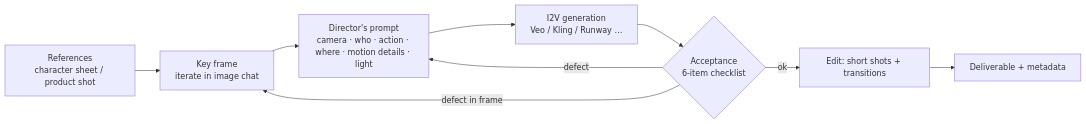
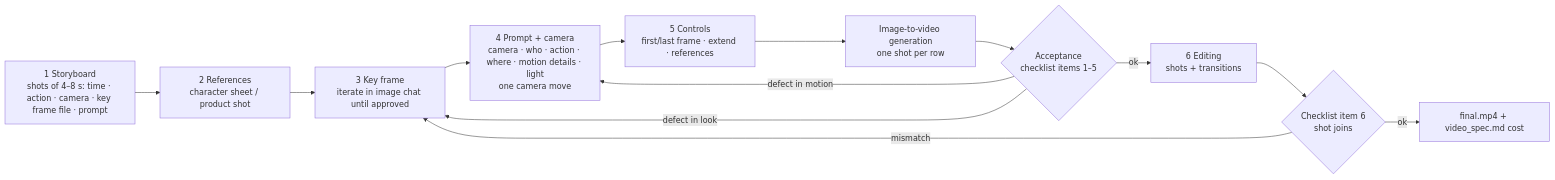
One commit to svirfneblyn2/genAIcource changed the second of 2 diagrams in GenAI Basics — Course Production/L05/L05_10_Lesson_Graph.md. Above: the diagram before and after it, drawn with Mermaid. The commit also changed other lines of this file and 12 other files, not shown here.

First line of the commit message:
docs(L05): sync scripts, cheatsheets, homework, runbook, README and graph to deck v3

````diff
--- a/GenAI Basics — Course Production/L05/L05_10_Lesson_Graph.md
+++ b/GenAI Basics — Course Production/L05/L05_10_Lesson_Graph.md
@@ -61,11 +69,15 @@
 ```mermaid
 flowchart LR
-  R[References<br/>character sheet / product shot] --> K[Key frame<br/>iterate in image chat]
-  K --> P[Director's prompt<br/>camera · who · action · where · motion details · light]
-  P --> G[I2V generation<br/>Veo / Kling / Runway …]
-  G --> Q{Acceptance<br/>6-item checklist}
-  Q -- defect --> P
-  Q -- defect in frame --> K
-  Q -- ok --> E[Edit: short shots + transitions]
-  E --> D[Deliverable + metadata]
+  SB[1 Storyboard<br/>shots of 4–8 s: time · action · camera · key frame file · prompt] --> R[2 References<br/>character sheet / product shot]
+  R --> K[3 Key frame<br/>iterate in image chat until approved]
+  K --> P[4 Prompt + camera<br/>camera · who · action · where · motion details · light<br/>one camera move]
+  P --> C[5 Controls<br/>first/last frame · extend · references]
+  C --> G[Image-to-video generation<br/>one shot per row]
+  G --> Q{Acceptance<br/>checklist items 1–5}
+  Q -- defect in motion --> P
+  Q -- defect in look --> K
+  Q -- ok --> E[6 Editing<br/>shots + transitions]
+  E --> J{Checklist item 6<br/>shot joins}
+  J -- mismatch --> K
+  J -- ok --> D[final.mp4 + video_spec.md cost]
 ```
````
